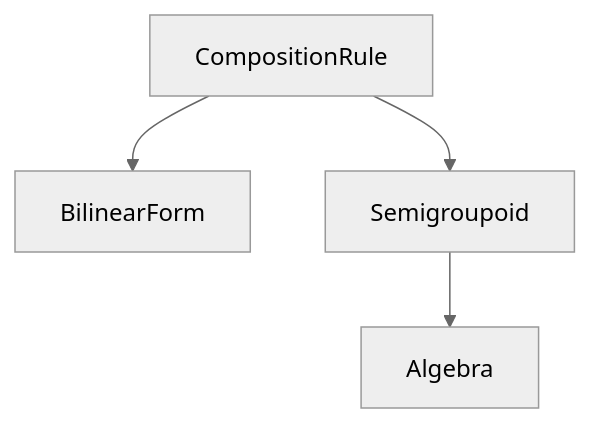
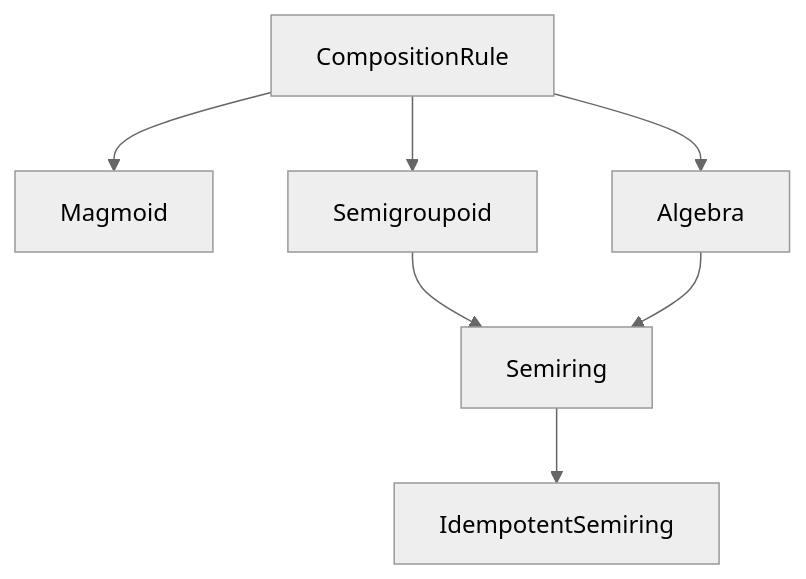
One commit to quivers-dev/quivers changed the diagram in docs/semantics/composition-rules.md. Above: the diagram before and after it, drawn with Mermaid (neutral theme). The commit also changed other lines of this file and 276 other files, not shown here.

````diff
--- a/docs/semantics/composition-rules.md
+++ b/docs/semantics/composition-rules.md
@@ -50,13 +40,18 @@
 ```mermaid
 graph TD
   CR["CompositionRule"]
-  BF["BilinearForm"]
+  MG["Magmoid"]
   SG["Semigroupoid"]
-  Q["Algebra"]
-  CR --> BF
+  AL["Algebra"]
+  SR["Semiring"]
+  IS["IdempotentSemiring"]
+  CR --> MG
   CR --> SG
-  SG --> Q
+  CR --> AL
+  SG --> SR
+  AL --> SR
+  SR --> IS
   class CR qv-input
-  class BF,SG qv-checked
-  class Q qv-output
+  class MG,SG,AL qv-checked
+  class SR,IS qv-output
 ```
````
